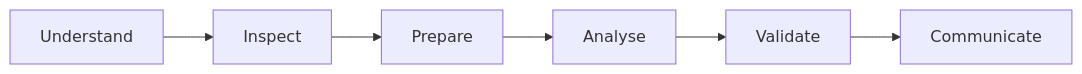
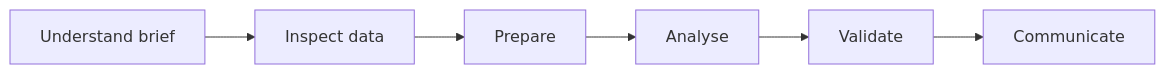
One commit to shanmukhkoyya/analytics-coding-challenge changed the diagram in README.md. Above: the diagram before and after it, drawn with Mermaid. The commit also changed other lines of this file, not shown here.

````diff
--- a/README.md
+++ b/README.md
@@ -16,8 +7,4 @@
 ```mermaid
 flowchart LR
- A[Understand] --> B[Inspect]
- B --> C[Prepare]
- C --> D[Analyse]
- D --> E[Validate]
- E --> F[Communicate]
+ Q[Understand brief] --> I[Inspect data] --> P[Prepare] --> A[Analyse] --> V[Validate] --> C[Communicate]
 ```
````
